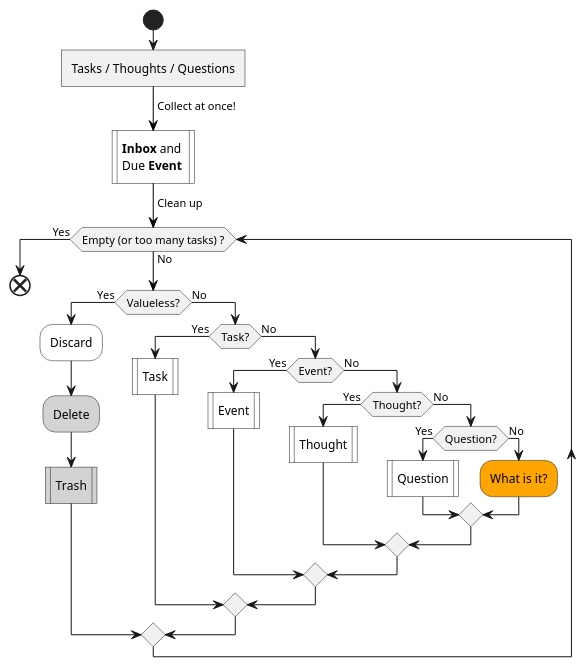
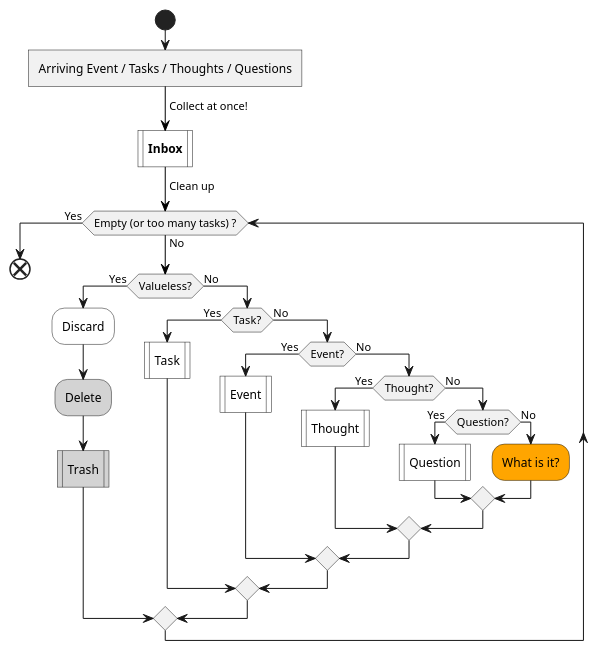
The first of 4 diagrams in lifelogs/rehabilitation.md (IceHe/icehe-lib), drawn with PlantUML before and after one commit. The commit also changed other lines of this file, not shown here.

````diff
--- a/lifelogs/rehabilitation.md
+++ b/lifelogs/rehabilitation.md
@@ -185,35 +186,35 @@
 ```plantuml
 @startuml
 start
-:Tasks / Thoughts / Questions]
+:Arriving Event / Tasks / Thoughts / Questions]
 -[#black]-> Collect at once!;
-#white:**Inbox** and \nDue **Event**|
+#white:**Inbox**|
 -[#black]-> Clean up;
 while (Empty (or too many tasks) ?) is (No)
     if (Valueless?) then (Yes)
         #white:Discard;
         #lightGray:Delete;
         #lightGray:Trash|
     else (No)
         if (Task?) then (Yes)
             #white:Task|
         else (No)
             if (Event?) then (Yes)
                 #white:Event|
             else (No)
                 if (Thought?) then (Yes)
                     #white:Thought|
                 else (No)
                     if (Question?) then (Yes)
                         #white:Question|
                     else (No)
                         #orange:What is it?;
                     endif
                 endif
             endif
         endif
     endif
 endwhile (Yes)
 end
 @enduml
 ```
````
